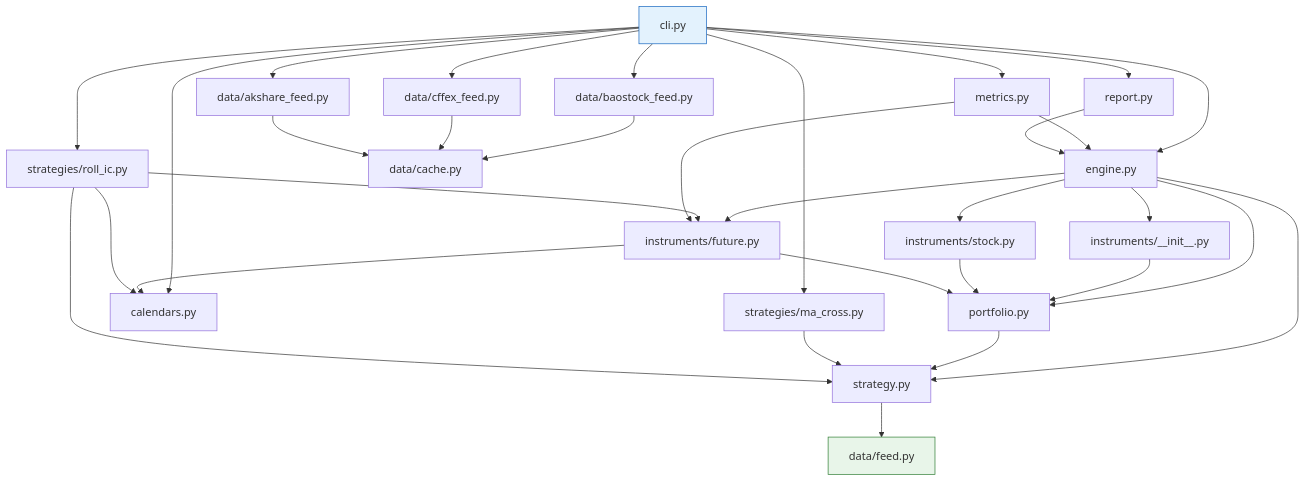
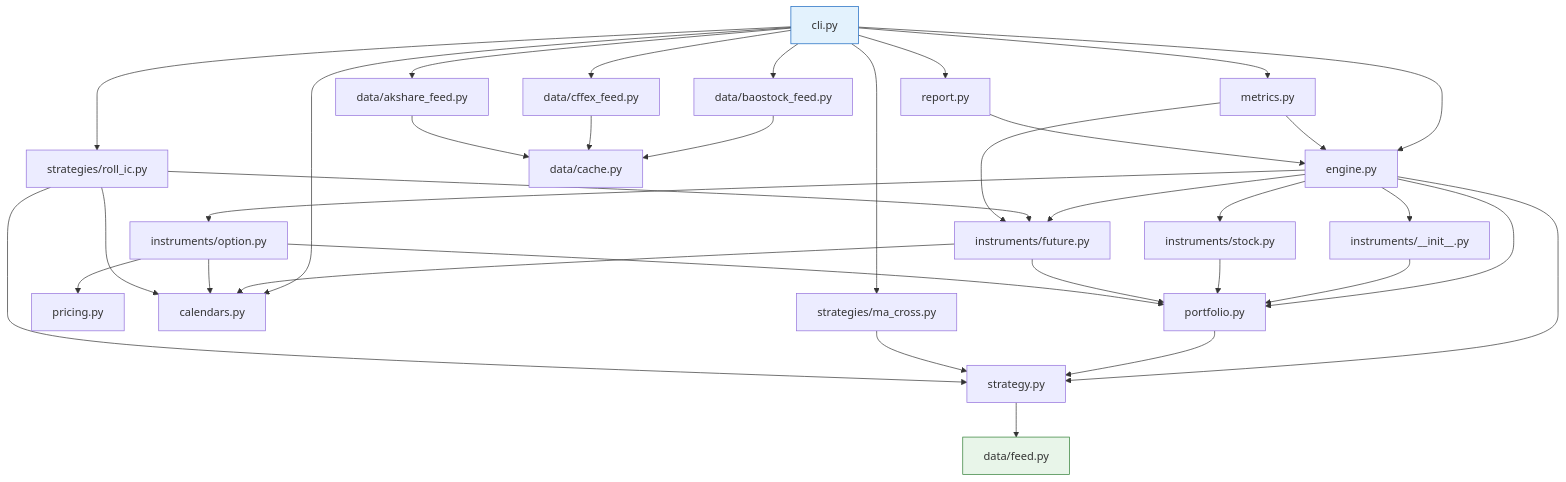
The second of 26 diagrams in docs/code-walkthrough.md (guevara12345/quant), drawn with Mermaid before and after one commit. The commit also changed other lines of this file and 14 other files, not shown here.

````diff
--- a/docs/code-walkthrough.md
+++ b/docs/code-walkthrough.md
@@ -108,56 +113,62 @@
 ```mermaid
 flowchart TD
     cli[cli.py]
     engine[engine.py]
     metrics[metrics.py]
     report[report.py]
     strategy[strategy.py]
     portfolio[portfolio.py]
     rules[instruments/__init__.py]
     stock[instruments/stock.py]
     future[instruments/future.py]
+    option[instruments/option.py]
+    pricing[pricing.py]
     cal[calendars.py]
     ma[strategies/ma_cross.py]
     roll[strategies/roll_ic.py]
     feed[data/feed.py]
     cache[data/cache.py]
     bao[data/baostock_feed.py]
     cffex[data/cffex_feed.py]
     ak[data/akshare_feed.py]
 
     cli --> bao
     cli --> cffex
     cli --> ak
     cli --> cal
     cli --> engine
     cli --> metrics
     cli --> report
     cli --> ma
     cli --> roll
     engine --> rules
     engine --> stock
     engine --> future
+    engine --> option
     engine --> portfolio
     engine --> strategy
     rules --> portfolio
     stock --> portfolio
     future --> portfolio
     future --> cal
+    option --> portfolio
+    option --> cal
+    option --> pricing
     roll --> future
     roll --> cal
     metrics --> engine
     metrics --> future
     report --> engine
     portfolio --> strategy
     strategy --> feed
     ma --> strategy
     roll --> strategy
     bao --> cache
     cffex --> cache
     ak --> cache
 
     classDef bottom fill:#e8f5e9,stroke:#2e7d32
     classDef top fill:#e3f2fd,stroke:#1565c0
     class feed bottom
     class cli top
 ```
````
